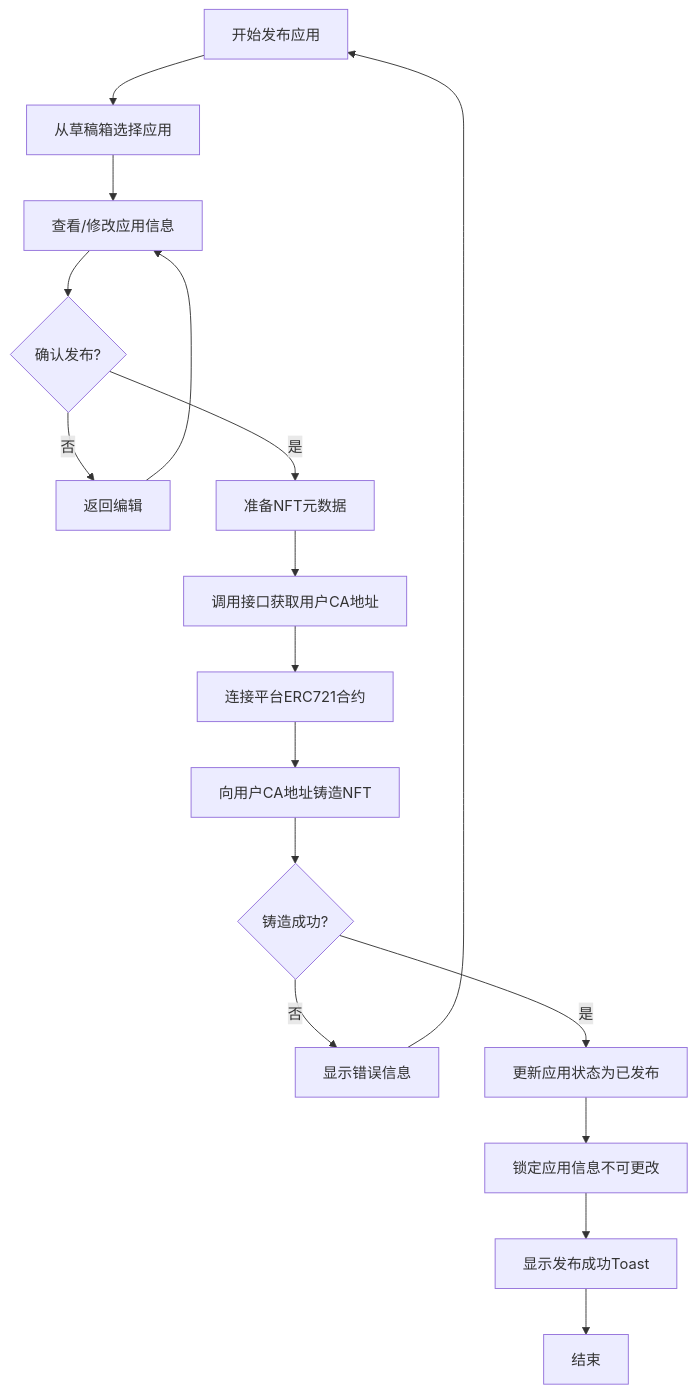
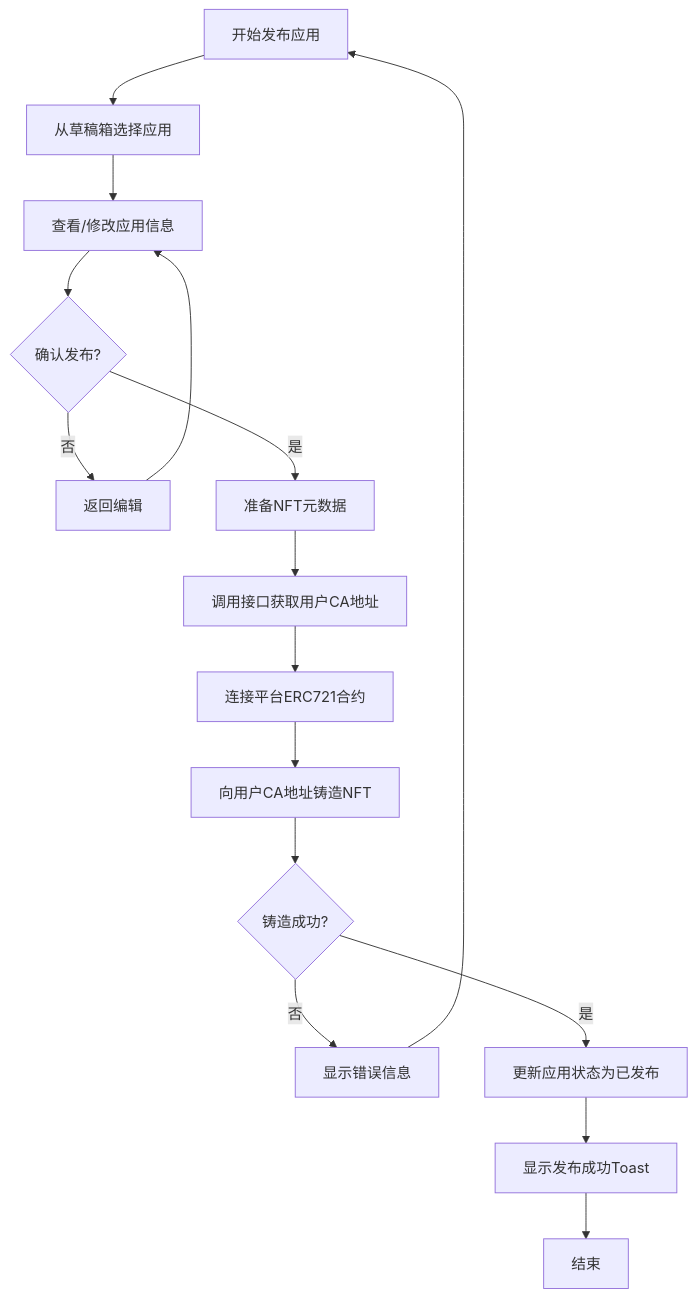
The diagram in all/未命名-65.md (yingjianzh/iodraw-files), drawn with Mermaid before and after one commit.

Commit message:
2025-05-22 11:22:25 update

````diff
--- a/all/未命名-65.md
+++ b/all/未命名-65.md
@@ -1,19 +1,18 @@
 ```mermaid
 flowchart TD
     A[开始发布应用] --> B[从草稿箱选择应用]
     B --> C[查看/修改应用信息]
     C --> D{确认发布?}
     D -->|否| E[返回编辑]
     E --> C
     D -->|是| F[准备NFT元数据]
     F --> G[调用接口获取用户CA地址]
     G --> H[连接平台ERC721合约]
     H --> I[向用户CA地址铸造NFT]
     I --> J{铸造成功?}
     J -->|否| K[显示错误信息]
     K --> A
     J -->|是| L[更新应用状态为已发布]
-    L --> M[锁定应用信息不可更改]
-    M --> O[显示发布成功Toast]
+    L --> O[显示发布成功Toast]
     O --> P[结束]
 ```
````
